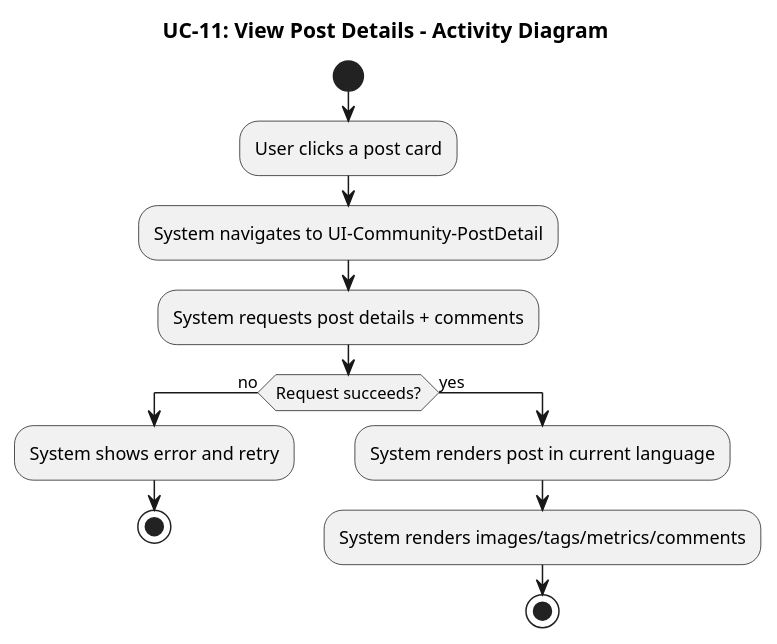
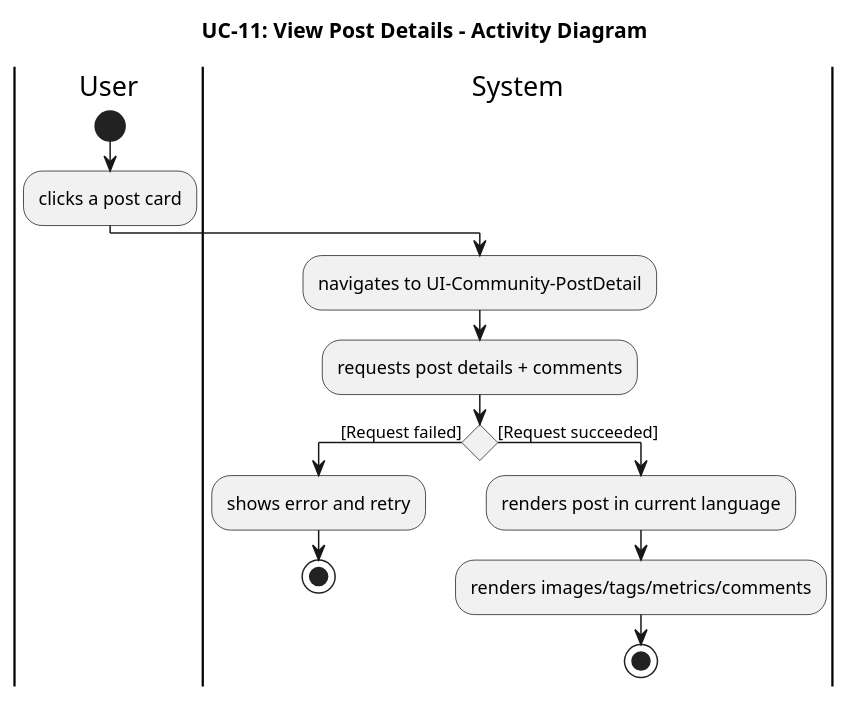
One commit to pzyllll/BridgeU changed diagram 13 of 27 in springboot-backend/BridgeU-SRS.md. Above: the diagram before and after it, drawn with PlantUML. The commit also changed other lines of this file and 5 other files, not shown here.

````diff
--- a/springboot-backend/BridgeU-SRS.md
+++ b/springboot-backend/BridgeU-SRS.md
@@ -1742,18 +1908,22 @@
 ```plantuml
 @startuml UC11_Activity_Diagram
 title UC-11: View Post Details - Activity Diagram
 
+|User|
 start
-:User clicks a post card;
-:System navigates to UI-Community-PostDetail;
-:System requests post details + comments;
-if (Request succeeds?) then (no)
-  :System shows error and retry;
+:clicks a post card;
+
+|System|
+:navigates to UI-Community-PostDetail;
+:requests post details + comments;
+
+if () then ([Request failed])
+  :shows error and retry;
   stop
-else (yes)
-  :System renders post in current language;
-  :System renders images/tags/metrics/comments;
+else ([Request succeeded])
+  :renders post in current language;
+  :renders images/tags/metrics/comments;
   stop
 endif
 @enduml
 ```
````
